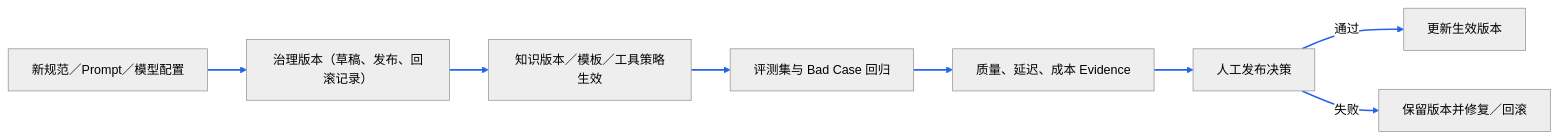
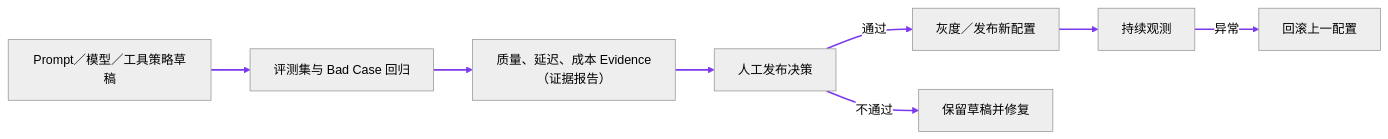
Diagram 20 of 20 in docs/interview/功能步骤流程.md (monstereatai/RAG), drawn with Mermaid (neutral theme) before and after one commit. The commit also changed other lines of this file and 97 other files, not shown here.

````diff
--- a/docs/interview/功能步骤流程.md
+++ b/docs/interview/功能步骤流程.md
@@ -544,11 +812,11 @@
 ```mermaid
 flowchart LR
-  A[新规范／Prompt／模型配置] --> B[治理版本（草稿、发布、回滚记录）]
-  B --> C[知识版本／模板／工具策略生效]
-  C --> D[评测集与 Bad Case 回归]
-  D --> E[质量、延迟、成本 Evidence]
-  E --> F[人工发布决策]
-  F -->|通过| G[更新生效版本]
-  F -->|失败| H[保留版本并修复／回滚]
-  linkStyle 0,1,2,3,4,5,6 stroke:#2563eb,stroke-width:2px
+  A[Prompt／模型／工具策略草稿] --> B[评测集与 Bad Case 回归]
+  B --> C[质量、延迟、成本 Evidence（证据报告）]
+  C --> D[人工发布决策]
+  D -->|通过| E[灰度／发布新配置]
+  E --> F[持续观测]
+  D -->|不通过| G[保留草稿并修复]
+  F -->|异常| H[回滚上一配置]
+  linkStyle 0,1,2,3,4,5,6 stroke:#7c3aed,stroke-width:2px
 ```
````
